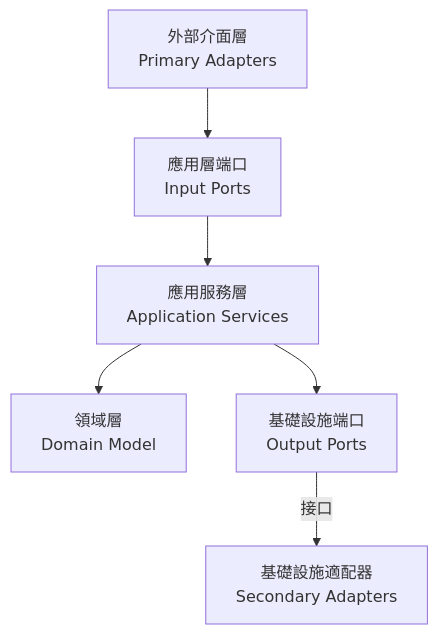
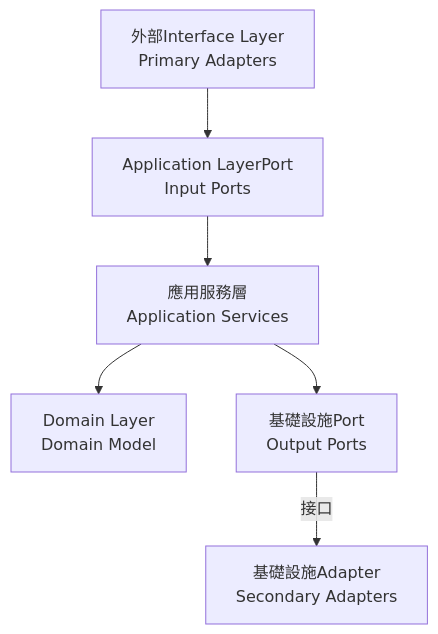
One commit to humank/genai-demo changed the diagram in docs/en/architecture/hexagonal-architecture.md. Above: the diagram before and after it, drawn with Mermaid. The commit also changed other lines of this file and 583 other files, not shown here.

````diff
--- a/docs/en/architecture/hexagonal-architecture.md
+++ b/docs/en/architecture/hexagonal-architecture.md
@@ -173,8 +171,8 @@
 ```mermaid
 graph TD
-    A[外部介面層<br/>Primary Adapters] --> B[應用層端口<br/>Input Ports]
+    A[外部Interface Layer<br/>Primary Adapters] --> B[Application LayerPort<br/>Input Ports]
     B --> C[應用服務層<br/>Application Services]
-    C --> D[領域層<br/>Domain Model]
-    C --> E[基礎設施端口<br/>Output Ports]
-    E -- 接口 --> F[基礎設施適配器<br/>Secondary Adapters]
+    C --> D[Domain Layer<br/>Domain Model]
+    C --> E[基礎設施Port<br/>Output Ports]
+    E -- 接口 --> F[基礎設施Adapter<br/>Secondary Adapters]
 ```
````
